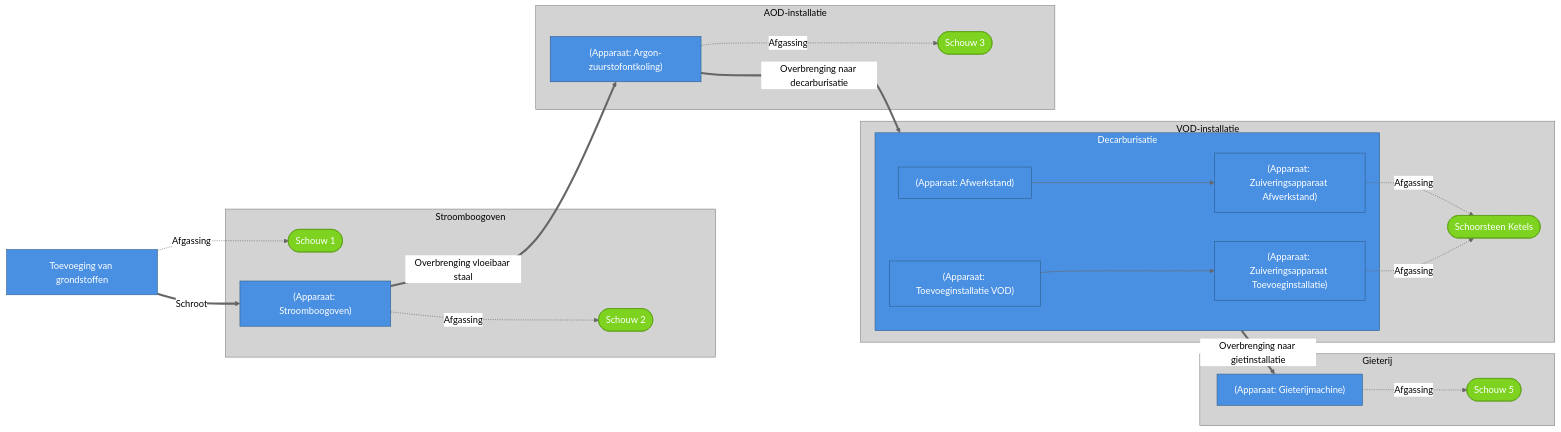
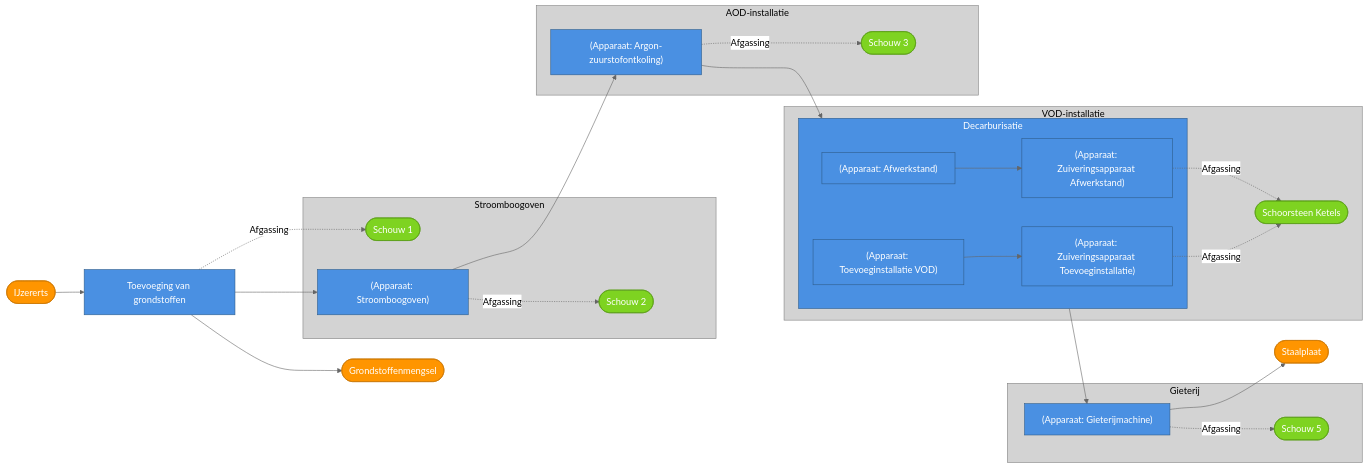
Before and after one commit to milieuinfo/RIE-IEPR: the diagram in documentatie/bin/activiteit-visualisatie/staalfabriek.mmd, drawn with Mermaid (neutral theme). The commit also changed 27 other files, not shown here.

```diff
--- a/documentatie/bin/activiteit-visualisatie/staalfabriek.mmd
+++ b/documentatie/bin/activiteit-visualisatie/staalfabriek.mmd
@@ -1,63 +1,64 @@
 flowchart LR
     subgraph installatie0["Stroomboogoven"]
     emissiepunt0(["Schouw 1"])
-    style emissiepunt0 fill:#7ED321,stroke:#5A9E17,color:#fff
+    style emissiepunt0 color:white,fill:#7ED321,stroke:#5A9E17,color:#fff
     emissiepunt1(["Schouw 2"])
-    style emissiepunt1 fill:#7ED321,stroke:#5A9E17,color:#fff
+    style emissiepunt1 color:white,fill:#7ED321,stroke:#5A9E17,color:#fff
     step1["(Apparaat: Stroomboogoven)"]
-    style step1 fill:#4A90E2,stroke:#2E5C8A,color:#fff
+    style step1 color:white,fill:#4A90E2,stroke:#2E5C8A,color:#fff
     end
-    style installatie0 fill:#D3D3D3,stroke:#808080,color:#000
+    style installatie0 color:black,fill:#D3D3D3,stroke:#808080,color:#000
     subgraph installatie1["Gieterij"]
     emissiepunt4(["Schouw 5"])
-    style emissiepunt4 fill:#7ED321,stroke:#5A9E17,color:#fff
+    style emissiepunt4 color:white,fill:#7ED321,stroke:#5A9E17,color:#fff
     step8["(Apparaat: Gieterijmachine)"]
-    style step8 fill:#4A90E2,stroke:#2E5C8A,color:#fff
+    style step8 color:white,fill:#4A90E2,stroke:#2E5C8A,color:#fff
     end
-    style installatie1 fill:#D3D3D3,stroke:#808080,color:#000
+    style installatie1 color:black,fill:#D3D3D3,stroke:#808080,color:#000
     subgraph installatie2["VOD-installatie"]
     emissiepunt3(["Schoorsteen Ketels"])
-    style emissiepunt3 fill:#7ED321,stroke:#5A9E17,color:#fff
-                    subgraph step3["Decarburisatie"]
-                        step4["(Apparaat: Toevoeginstallatie VOD)"]
-        style step4 fill:#4A90E2,stroke:#2E5C8A,color:#fff
-        step5["(Apparaat: Zuiveringsapparaat Toevoeginstallatie)"]
-        style step5 fill:#4A90E2,stroke:#2E5C8A,color:#fff
-        step6["(Apparaat: Afwerkstand)"]
-        style step6 fill:#4A90E2,stroke:#2E5C8A,color:#fff
-        step7["(Apparaat: Zuiveringsapparaat Afwerkstand)"]
-        style step7 fill:#4A90E2,stroke:#2E5C8A,color:#fff
+    style emissiepunt3 color:white,fill:#7ED321,stroke:#5A9E17,color:#fff
+    subgraph step3["Decarburisatie"]
+    step4["(Apparaat: Toevoeginstallatie VOD)"]
+    style step4 color:white,fill:#4A90E2,stroke:#2E5C8A,color:#fff
+    step5["(Apparaat: Zuiveringsapparaat Toevoeginstallatie)"]
+    style step5 color:white,fill:#4A90E2,stroke:#2E5C8A,color:#fff
+    step6["(Apparaat: Afwerkstand)"]
+    style step6 color:white,fill:#4A90E2,stroke:#2E5C8A,color:#fff
+    step7["(Apparaat: Zuiveringsapparaat Afwerkstand)"]
+    style step7 color:white,fill:#4A90E2,stroke:#2E5C8A,color:#fff
     end
-                    style step3 fill:#4A90E2,stroke:#2E5C8A,color:#fff
-                    end
-    style installatie2 fill:#D3D3D3,stroke:#808080,color:#000
+    style step3 color:white,fill:#4A90E2,stroke:#2E5C8A,color:#fff
+    end
+    style installatie2 color:black,fill:#D3D3D3,stroke:#808080,color:#000
     subgraph installatie3["AOD-installatie"]
     emissiepunt2(["Schouw 3"])
-    style emissiepunt2 fill:#7ED321,stroke:#5A9E17,color:#fff
+    style emissiepunt2 color:white,fill:#7ED321,stroke:#5A9E17,color:#fff
     step2["(Apparaat: Argon-zuurstofontkoling)"]
-    style step2 fill:#4A90E2,stroke:#2E5C8A,color:#fff
+    style step2 color:white,fill:#4A90E2,stroke:#2E5C8A,color:#fff
     end
-    style installatie3 fill:#D3D3D3,stroke:#808080,color:#000
+    style installatie3 color:black,fill:#D3D3D3,stroke:#808080,color:#000
     step0["Toevoeging van grondstoffen"]
-    style step0 fill:#4A90E2,stroke:#2E5C8A,color:#fff
-    step4["(Apparaat: Toevoeginstallatie VOD)"]
-    style step4 fill:#4A90E2,stroke:#2E5C8A,color:#fff
-    step5["(Apparaat: Zuiveringsapparaat Toevoeginstallatie)"]
-    style step5 fill:#4A90E2,stroke:#2E5C8A,color:#fff
-    step6["(Apparaat: Afwerkstand)"]
-    style step6 fill:#4A90E2,stroke:#2E5C8A,color:#fff
-    step7["(Apparaat: Zuiveringsapparaat Afwerkstand)"]
-    style step7 fill:#4A90E2,stroke:#2E5C8A,color:#fff
+    style step0 color:white,fill:#4A90E2,stroke:#2E5C8A,color:#fff
+    stof0(["IJzererts"])
+    style stof0 color:white,fill:#FF9500,stroke:#CC7700,color:#fff
+    stof1(["Staalplaat"])
+    style stof1 color:white,fill:#FF9500,stroke:#CC7700,color:#fff
+    stof2(["Grondstoffenmengsel"])
+    style stof2 color:white,fill:#FF9500,stroke:#CC7700,color:#fff
 
+    step0 --> step1
+    step1 --> step2
+    step2 --> step3
     step4 --> step5
     step6 --> step7
+    step3 --> step8
     step0 -.->|Afgassing| emissiepunt0
-    step0 ==>|Schroot| step1
     step1 -.->|Afgassing| emissiepunt1
-    step1 ==>|Overbrenging vloeibaar staal| step2
     step2 -.->|Afgassing| emissiepunt2
-    step2 ==>|Overbrenging naar decarburisatie| step3
     step5 -.->|Afgassing| emissiepunt3
     step7 -.->|Afgassing| emissiepunt3
-    step3 ==>|Overbrenging naar gietinstallatie| step8
     step8 -.->|Afgassing| emissiepunt4
+    stof0 --> step0
+    step0 --> stof2
+    step8 --> stof1
```
